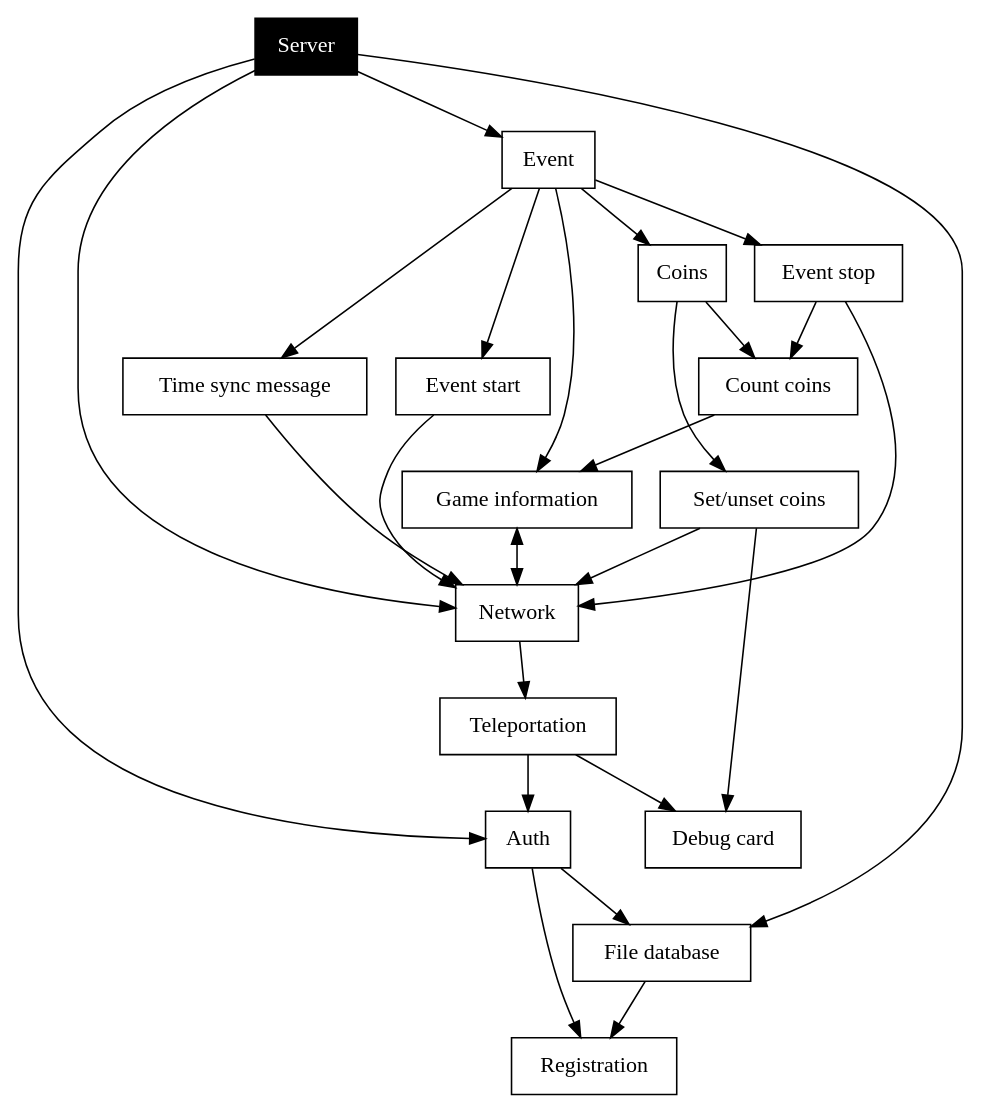
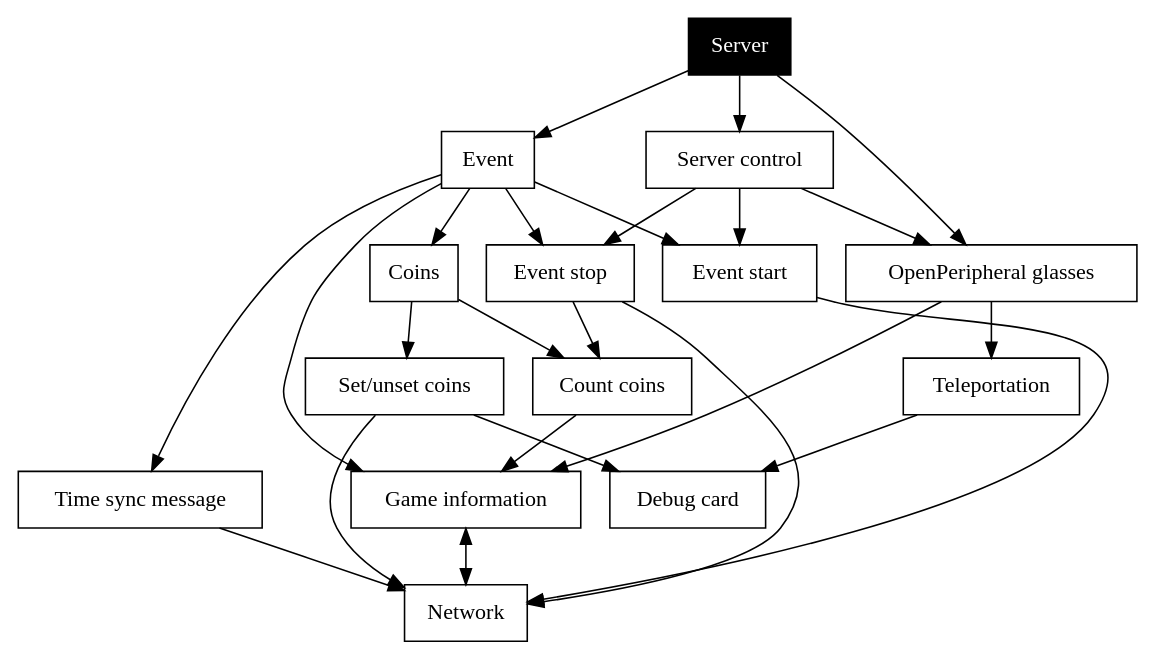
Before and after one commit to cc-ru/ut-server: the diagram in plan.dot, drawn with Graphviz. The commit also changed 1 other file, not shown here.

```diff
--- a/plan.dot
+++ b/plan.dot
@@ -1,45 +1,43 @@
 digraph plan {
     node [shape=box];
 
     b_server   [label="Server" style=filled fillcolor=black fontcolor=white];
     b_network  [label="Network"];
-    b_auth     [label="Auth"];
-    b_database [label="File database"];
-    b_register [label="Registration"];
     b_teleport [label="Teleportation"];
     b_event    [label="Event"];
     b_coins    [label="Coins"];
     b_count    [label="Count coins"];
     b_info     [label="Game information"];
     b_timeMsg  [label="Time sync message"];
     b_set      [label="Set/unset coins"];
     b_start    [label="Event start"];
     b_end      [label="Event stop"];
     b_debug    [label="Debug card"];
+    b_glasses  [label="OpenPeripheral glasses"];
+    b_control  [label="Server control"];
 
-    b_server -> b_auth;
-    b_server -> b_database;
-    b_auth -> b_register;
-    b_auth -> b_database;
-    b_database -> b_register;
-    b_server -> b_network;
-    b_network -> b_teleport;
-    b_teleport -> b_auth;
+    b_glasses -> b_teleport;
     b_server -> b_event;
     b_event -> b_start;
     b_event -> b_end;
     b_event -> b_info;
     b_event -> b_coins;
     b_event -> b_timeMsg;
     b_coins -> b_set;
     b_coins -> b_count;
     b_count -> b_info;
     b_timeMsg -> b_network;
     b_info -> b_network [dir=both];
     b_start -> b_network;
     b_end -> b_network;
     b_end -> b_count;
     b_set -> b_network;
     b_set -> b_debug;
     b_teleport -> b_debug;
+    b_control -> b_glasses;
+    b_server -> b_glasses;
+    b_server -> b_control;
+    b_control -> b_start;
+    b_control -> b_end;
+    b_glasses -> b_info;
 }
```
